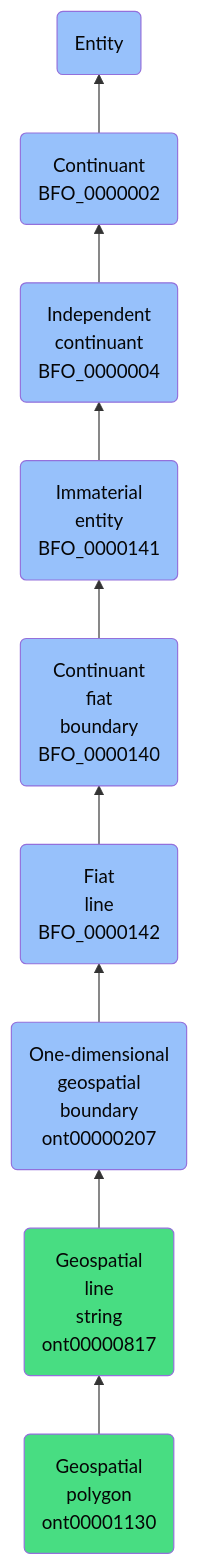
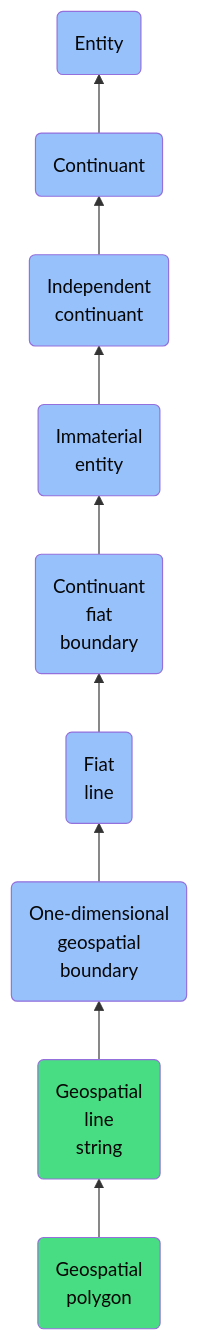
The diagram in docs/ontology/reference/model/Entity/Continuant/Independent continuant/Immaterial entity/Continuant fiat boundary/Fiat line/One-dimensional geospatial boundary/Geospatial line string/Geospatial polygon/Geospatial polygon.md (jupyter-naas/abi), drawn with Mermaid before and after one commit. The commit also changed other lines of this file and 1430 other files, not shown here.

````diff
--- a/docs/ontology/reference/model/Entity/Continuant/Independent continuant/Immaterial entity/Continuant fiat boundary/Fiat line/One-dimensional geospatial boundary/Geospatial line string/Geospatial polygon/Geospatial polygon.md
+++ b/docs/ontology/reference/model/Entity/Continuant/Independent continuant/Immaterial entity/Continuant fiat boundary/Fiat line/One-dimensional geospatial boundary/Geospatial line string/Geospatial polygon/Geospatial polygon.md
@@ -24,16 +24,16 @@
 ```mermaid
 graph BT
-    ont00001130(Geospatial<br>polygon<br>ont00001130):::ABI-->ont00000817
-    ont00000817(Geospatial<br>line<br>string<br>ont00000817):::ABI-->ont00000207
-    ont00000207(One-dimensional<br>geospatial<br>boundary<br>ont00000207):::BFO-->BFO_0000142
-    BFO_0000142(Fiat<br>line<br>BFO_0000142):::BFO-->BFO_0000140
-    BFO_0000140(Continuant<br>fiat<br>boundary<br>BFO_0000140):::BFO-->BFO_0000141
-    BFO_0000141(Immaterial<br>entity<br>BFO_0000141):::BFO-->BFO_0000004
-    BFO_0000004(Independent<br>continuant<br>BFO_0000004):::BFO-->BFO_0000002
-    BFO_0000002(Continuant<br>BFO_0000002):::BFO-->BFO_0000001
+    ont00001130(Geospatial<br>polygon):::ABI-->ont00000817
+    ont00000817(Geospatial<br>line<br>string):::ABI-->ont00000207
+    ont00000207(One-dimensional<br>geospatial<br>boundary):::BFO-->BFO_0000142
+    BFO_0000142(Fiat<br>line):::BFO-->BFO_0000140
+    BFO_0000140(Continuant<br>fiat<br>boundary):::BFO-->BFO_0000141
+    BFO_0000141(Immaterial<br>entity):::BFO-->BFO_0000004
+    BFO_0000004(Independent<br>continuant):::BFO-->BFO_0000002
+    BFO_0000002(Continuant):::BFO-->BFO_0000001
     BFO_0000001(Entity):::BFO
     
     classDef BFO fill:#97c1fb,color:#060606
     classDef CCO fill:#e4c51e,color:#060606
     classDef ABI fill:#48DD82,color:#060606
 ```
````
